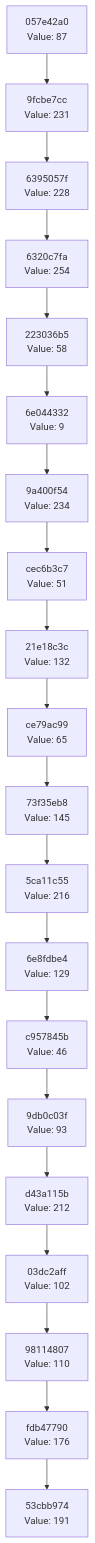
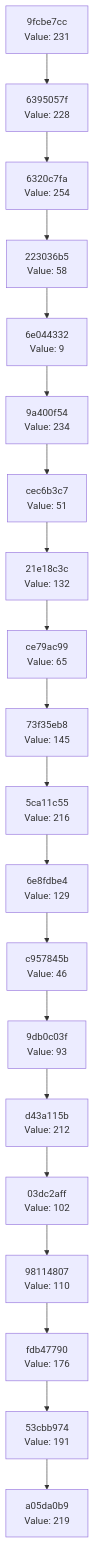
The diagram in docs/CHAIN_VISUALIZATION.md (Abhisheksinha1506/hash-chain-evolver), drawn with Mermaid before and after one commit. The commit also changed 2 other files, not shown here.

Commit message:
Evolution step: hash 0xDB → action executed

````diff
--- a/docs/CHAIN_VISUALIZATION.md
+++ b/docs/CHAIN_VISUALIZATION.md
@@ -3,42 +3,42 @@
 ```mermaid
 graph TD
-    C0["53cbb974<br/>Value: 191"]
-    C1["fdb47790<br/>Value: 176"]
+    C0["a05da0b9<br/>Value: 219"]
+    C1["53cbb974<br/>Value: 191"]
     C1 --> C0
-    C2["98114807<br/>Value: 110"]
+    C2["fdb47790<br/>Value: 176"]
     C2 --> C1
-    C3["03dc2aff<br/>Value: 102"]
+    C3["98114807<br/>Value: 110"]
     C3 --> C2
-    C4["d43a115b<br/>Value: 212"]
+    C4["03dc2aff<br/>Value: 102"]
     C4 --> C3
-    C5["9db0c03f<br/>Value: 93"]
+    C5["d43a115b<br/>Value: 212"]
     C5 --> C4
-    C6["c957845b<br/>Value: 46"]
+    C6["9db0c03f<br/>Value: 93"]
     C6 --> C5
-    C7["6e8fdbe4<br/>Value: 129"]
+    C7["c957845b<br/>Value: 46"]
     C7 --> C6
-    C8["5ca11c55<br/>Value: 216"]
+    C8["6e8fdbe4<br/>Value: 129"]
     C8 --> C7
-    C9["73f35eb8<br/>Value: 145"]
+    C9["5ca11c55<br/>Value: 216"]
     C9 --> C8
-    C10["ce79ac99<br/>Value: 65"]
+    C10["73f35eb8<br/>Value: 145"]
     C10 --> C9
-    C11["21e18c3c<br/>Value: 132"]
+    C11["ce79ac99<br/>Value: 65"]
     C11 --> C10
-    C12["cec6b3c7<br/>Value: 51"]
+    C12["21e18c3c<br/>Value: 132"]
     C12 --> C11
-    C13["9a400f54<br/>Value: 234"]
+    C13["cec6b3c7<br/>Value: 51"]
     C13 --> C12
-    C14["6e044332<br/>Value: 9"]
+    C14["9a400f54<br/>Value: 234"]
     C14 --> C13
-    C15["223036b5<br/>Value: 58"]
+    C15["6e044332<br/>Value: 9"]
     C15 --> C14
-    C16["6320c7fa<br/>Value: 254"]
+    C16["223036b5<br/>Value: 58"]
     C16 --> C15
-    C17["6395057f<br/>Value: 228"]
+    C17["6320c7fa<br/>Value: 254"]
     C17 --> C16
-    C18["9fcbe7cc<br/>Value: 231"]
+    C18["6395057f<br/>Value: 228"]
     C18 --> C17
-    C19["057e42a0<br/>Value: 87"]
+    C19["9fcbe7cc<br/>Value: 231"]
     C19 --> C18
 ```
````
